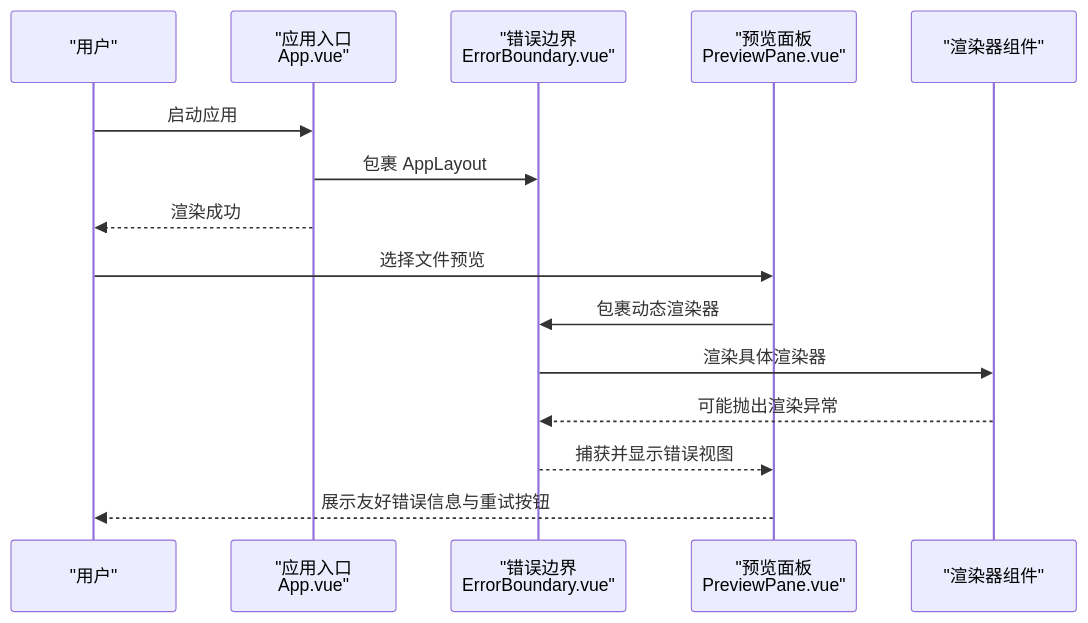
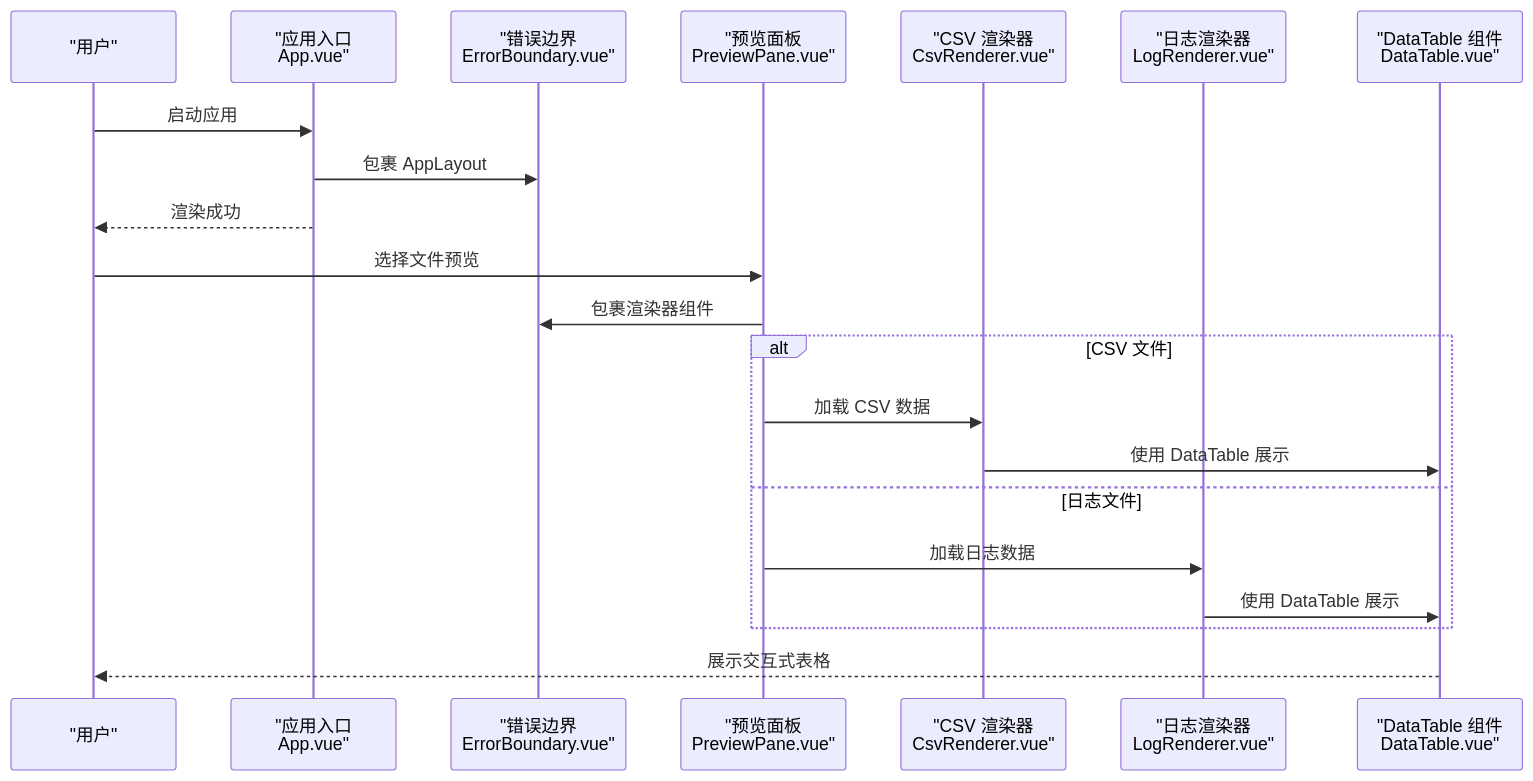
Before and after one commit to taoweidong/Hello-Tauri: the fifth of 6 diagrams in .qoder/repowiki/zh/content/架构设计/组件层次结构/共享组件.md, drawn with Mermaid. The commit also changed other lines of this file and 13 other files, not shown here.

First line of the commit message:
feat: 新增 DataTable 公共表格组件并重构渲染器

````diff
--- a/.qoder/repowiki/zh/content/架构设计/组件层次结构/共享组件.md
+++ b/.qoder/repowiki/zh/content/架构设计/组件层次结构/共享组件.md
@@ -134,17 +236,23 @@
 ```mermaid
 sequenceDiagram
 participant U as "用户"
 participant A as "应用入口<br/>App.vue"
 participant EB as "错误边界<br/>ErrorBoundary.vue"
 participant P as "预览面板<br/>PreviewPane.vue"
-participant R as "渲染器组件"
+participant CR as "CSV 渲染器<br/>CsvRenderer.vue"
+participant LR as "日志渲染器<br/>LogRenderer.vue"
+participant DT as "DataTable 组件<br/>DataTable.vue"
 U->>A : 启动应用
 A->>EB : 包裹 AppLayout
 A-->>U : 渲染成功
 U->>P : 选择文件预览
-P->>EB : 包裹动态渲染器
-EB->>R : 渲染具体渲染器
-R-->>EB : 可能抛出渲染异常
-EB-->>P : 捕获并显示错误视图
-P-->>U : 展示友好错误信息与重试按钮
+P->>EB : 包裹渲染器组件
+alt CSV 文件
+P->>CR : 加载 CSV 数据
+CR->>DT : 使用 DataTable 展示
+else 日志文件
+P->>LR : 加载日志数据
+LR->>DT : 使用 DataTable 展示
+end
+DT-->>U : 展示交互式表格
 ```
````
